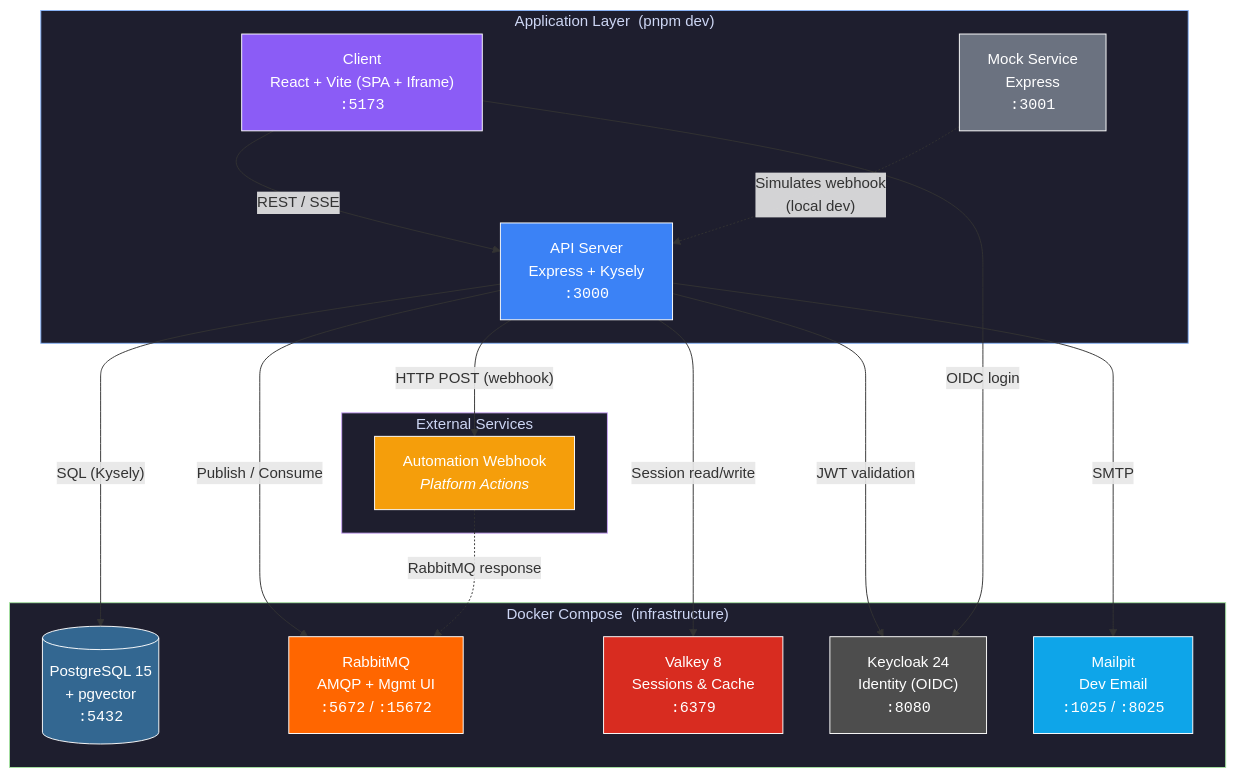
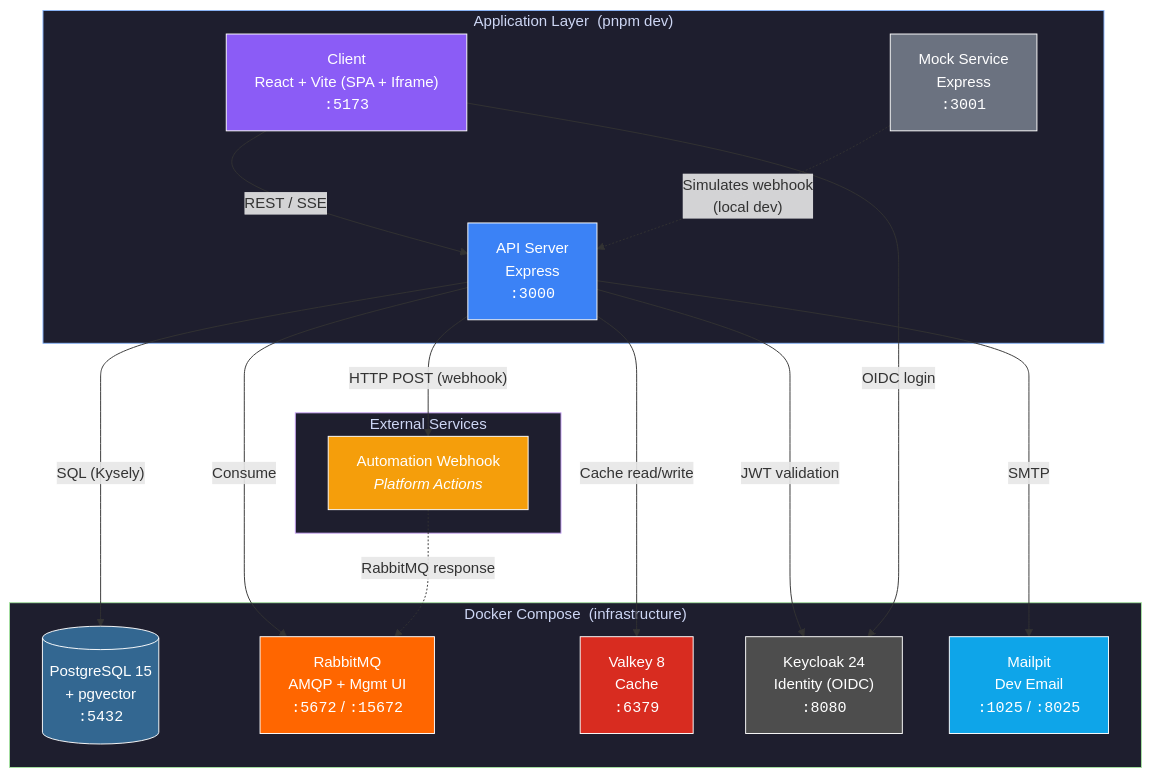
Before and after one commit to ewilhelmy-resolve/resolve-prototypes: the first of 2 diagrams in docs/infrastructure.md, drawn with Mermaid. The commit also changed other lines of this file, not shown here.

````diff
--- a/docs/infrastructure.md
+++ b/docs/infrastructure.md
@@ -7,44 +7,44 @@
 ```mermaid
 graph TB
     subgraph external ["External Services"]
         webhook["Automation Webhook<br/><i>Platform Actions</i>"]
     end
 
     subgraph app ["Application Layer &nbsp;(pnpm dev)"]
         client["Client<br/>React + Vite (SPA + Iframe)<br/><code>:5173</code>"]
-        api["API Server<br/>Express + Kysely<br/><code>:3000</code>"]
+        api["API Server<br/>Express<br/><code>:3000</code>"]
         mock["Mock Service<br/>Express<br/><code>:3001</code>"]
     end
 
     subgraph docker ["Docker Compose &nbsp;(infrastructure)"]
         pg[("PostgreSQL 15<br/>+ pgvector<br/><code>:5432</code>")]
         rabbit["RabbitMQ<br/>AMQP + Mgmt UI<br/><code>:5672</code> / <code>:15672</code>"]
-        valkey["Valkey 8<br/>Sessions & Cache<br/><code>:6379</code>"]
+        valkey["Valkey 8<br/>Cache<br/><code>:6379</code>"]
         keycloak["Keycloak 24<br/>Identity (OIDC)<br/><code>:8080</code>"]
         mailpit["Mailpit<br/>Dev Email<br/><code>:1025</code> / <code>:8025</code>"]
     end
 
     client -- "REST / SSE" --> api
     api -- "SQL (Kysely)" --> pg
-    api -- "Publish / Consume" --> rabbit
-    api -- "Session read/write" --> valkey
+    api -- "Consume" --> rabbit
+    api -- "Cache read/write" --> valkey
     api -- "JWT validation" --> keycloak
     api -- "SMTP" --> mailpit
     api -- "HTTP POST (webhook)" --> webhook
     webhook -. "RabbitMQ response" .-> rabbit
     client -- "OIDC login" --> keycloak
     mock -. "Simulates webhook<br/>(local dev)" .-> api
 
     style external fill:#1e1e2e,stroke:#cba6f7,color:#cdd6f4
     style app fill:#1e1e2e,stroke:#89b4fa,color:#cdd6f4
     style docker fill:#1e1e2e,stroke:#a6e3a1,color:#cdd6f4
     style pg fill:#336791,stroke:#fff,color:#fff
     style rabbit fill:#ff6600,stroke:#fff,color:#fff
     style valkey fill:#d82c20,stroke:#fff,color:#fff
     style keycloak fill:#4d4d4d,stroke:#fff,color:#fff
     style mailpit fill:#0ea5e9,stroke:#fff,color:#fff
     style api fill:#3b82f6,stroke:#fff,color:#fff
     style client fill:#8b5cf6,stroke:#fff,color:#fff
     style mock fill:#6b7280,stroke:#fff,color:#fff
     style webhook fill:#f59e0b,stroke:#fff,color:#fff
 ```
````
